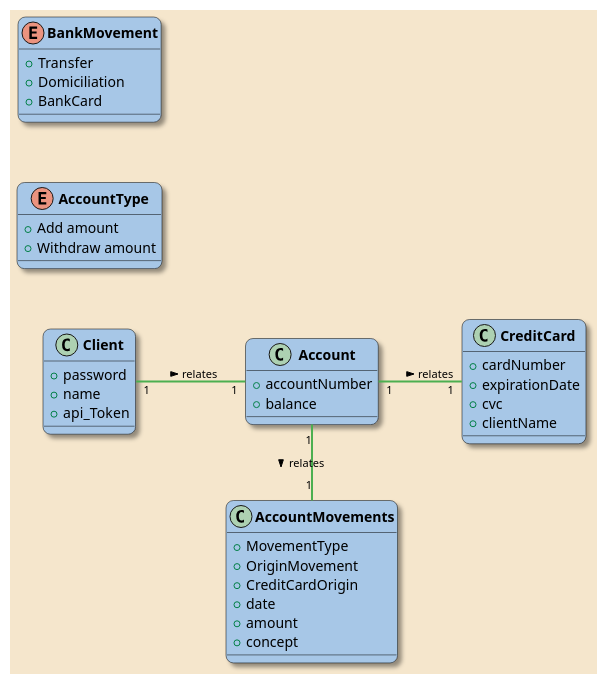
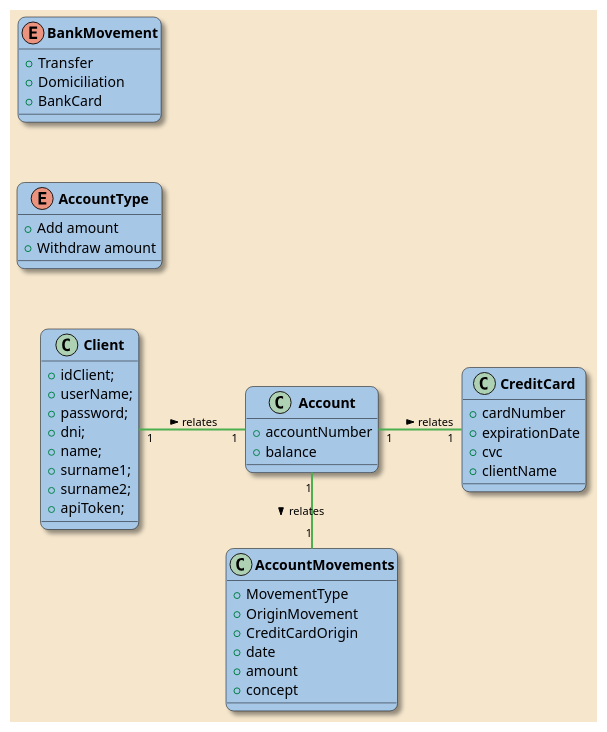
Before and after one commit to retoquesexpress/banco-back: the diagram in src/public/bancoBack.puml, drawn with PlantUML. The commit also changed 31 other files, not shown here.

```diff
--- a/src/public/bancoBack.puml
+++ b/src/public/bancoBack.puml
@@ -1,66 +1,71 @@
 @startuml
 
 'Direccion of the diagram'
 left to right direction
 'Used style'
 skinparam backgroundColor #F5E6CC
 'Classes'
 skinparam classBackgroundColor #A7C7E7
 skinparam classBorderColor #000000
 skinparam shadowing true
 skinparam roundcorner 15
 'Titles'
 skinparam classFontColor #000000
 skinparam classFontStyle bold
 'Relationships'
 skinparam classArrowColor #4CAF50
 skinparam classArrowThickness 2
 skinparam classArrowFontColor black
 skinparam classArrowFontSize 11
 skinparam nodesep 60
 skinparam ranksep 10
 
 class Account {
     +accountNumber
     +balance
 
 }
 
 class Client {
-    +password
-    +name
-    +api_Token
+    +idClient;
+    +userName;
+    +password;
+    +dni;
+    +name;
+    +surname1;
+    +surname2;
+    +apiToken;
 }
 
 class CreditCard {
     +cardNumber
     +expirationDate
     +cvc
     +clientName
 }
 
 class AccountMovements {
     +MovementType
     +OriginMovement
     +CreditCardOrigin
     +date
     +amount
     +concept
 }
 enum AccountType {
     +Add amount
     +Withdraw amount
 }
 
 enum BankMovement {
     +Transfer
     +Domiciliation
     +BankCard
 }
 
 Client "1" -- "1" Account : relates >
 Account "1" -- "1" CreditCard : relates >
 Account "1" - "1" AccountMovements : relates >
 
 
 @enduml
```
